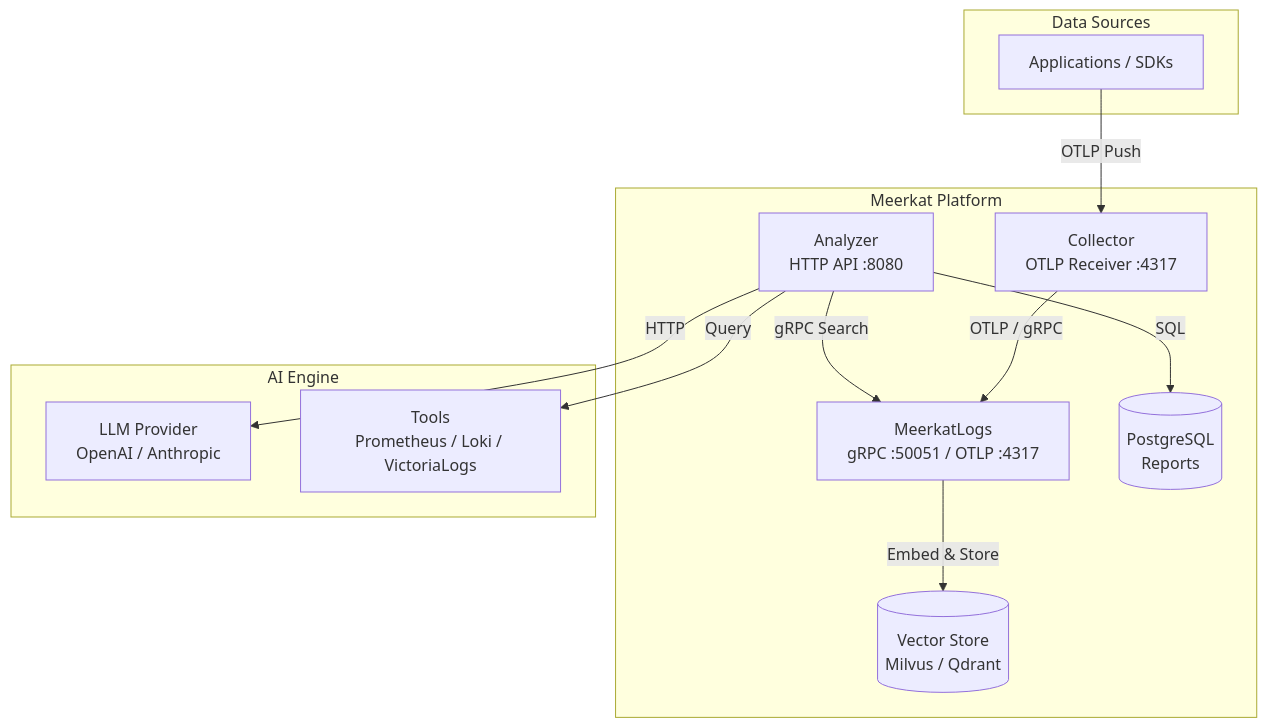
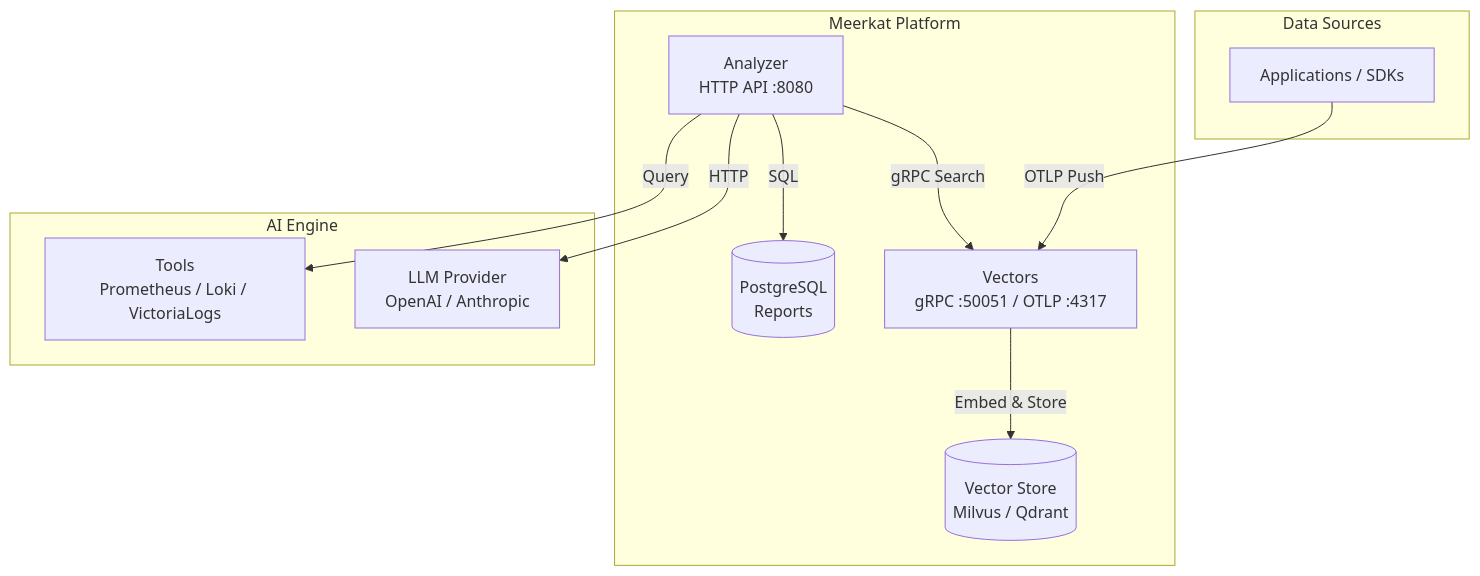
One commit to serengeti-sh/meerkat changed the first of 3 diagrams in README.md. Above: the diagram before and after it, drawn with Mermaid. The commit also changed other lines of this file and 7 other files, not shown here.

````diff
--- a/README.md
+++ b/README.md
@@ -15,27 +14,25 @@
 ```mermaid
 graph TB
     subgraph "Data Sources"
         App[Applications / SDKs]
     end
 
     subgraph "Meerkat Platform"
-        Collector[Collector<br/>OTLP Receiver :4317]
-        MeerkatLogs[MeerkatLogs<br/>gRPC :50051 / OTLP :4317]
+        Vectors[Vectors<br/>gRPC :50051 / OTLP :4317]
         Analyzer[Analyzer<br/>HTTP API :8080]
         PostgreSQL[(PostgreSQL<br/>Reports)]
         VectorStore[(Vector Store<br/>Milvus / Qdrant)]
     end
 
     subgraph "AI Engine"
         LLM[LLM Provider<br/>OpenAI / Anthropic]
         Tools[Tools<br/>Prometheus / Loki / VictoriaLogs]
     end
 
-    App -->|OTLP Push| Collector
-    Collector -->|OTLP / gRPC| MeerkatLogs
-    MeerkatLogs -->|Embed & Store| VectorStore
-    Analyzer -->|gRPC Search| MeerkatLogs
+    App -->|OTLP Push| Vectors
+    Vectors -->|Embed & Store| VectorStore
+    Analyzer -->|gRPC Search| Vectors
     Analyzer -->|SQL| PostgreSQL
     Analyzer -->|HTTP| LLM
     Analyzer -->|Query| Tools
 ```
````
